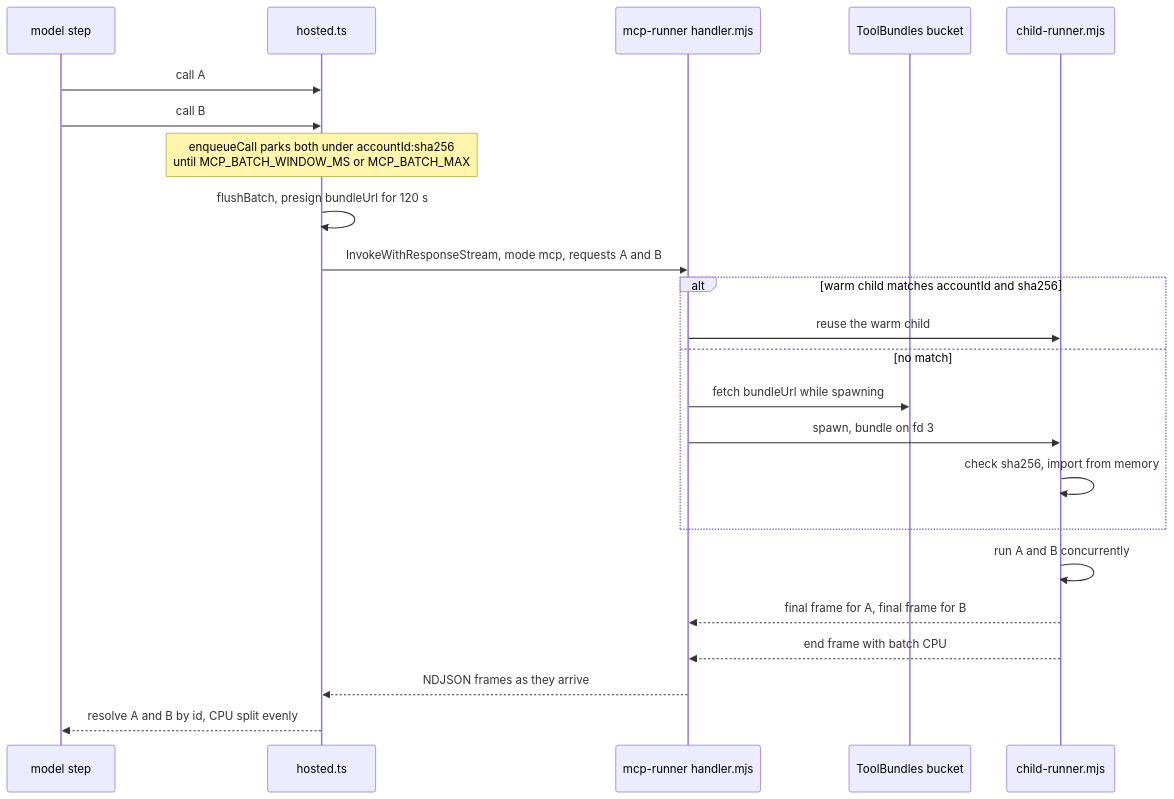
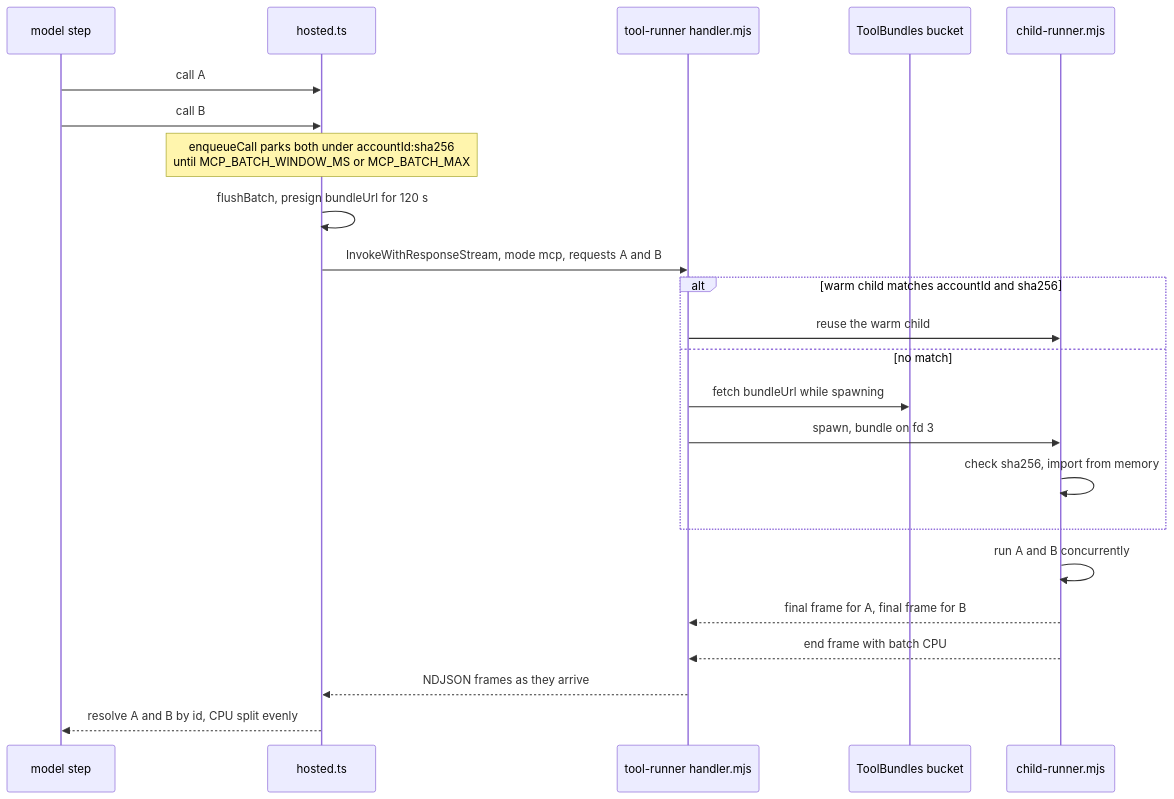
Before and after one commit to beeblastco/broods: the second of 2 diagrams in apps/docs/docs/internals/tools-and-mcp.md, drawn with Mermaid. The commit also changed other lines of this file and 6 other files, not shown here.

````diff
--- a/apps/docs/docs/internals/tools-and-mcp.md
+++ b/apps/docs/docs/internals/tools-and-mcp.md
@@ -95,26 +95,26 @@
 ```mermaid
 sequenceDiagram
   participant M as model step
   participant H as hosted.ts
-  participant L as mcp-runner handler.mjs
+  participant L as tool-runner handler.mjs
   participant S3 as ToolBundles bucket
   participant C as child-runner.mjs
 
   M->>H: call A
   M->>H: call B
   Note over H: enqueueCall parks both under accountId:sha256<br/>until MCP_BATCH_WINDOW_MS or MCP_BATCH_MAX
   H->>H: flushBatch, presign bundleUrl for 120 s
   H->>L: InvokeWithResponseStream, mode mcp, requests A and B
   alt warm child matches accountId and sha256
     L->>C: reuse the warm child
   else no match
     L->>S3: fetch bundleUrl while spawning
     L->>C: spawn, bundle on fd 3
     C->>C: check sha256, import from memory
   end
   C->>C: run A and B concurrently
   C-->>L: final frame for A, final frame for B
   C-->>L: end frame with batch CPU
   L-->>H: NDJSON frames as they arrive
   H-->>M: resolve A and B by id, CPU split evenly
 ```
````
